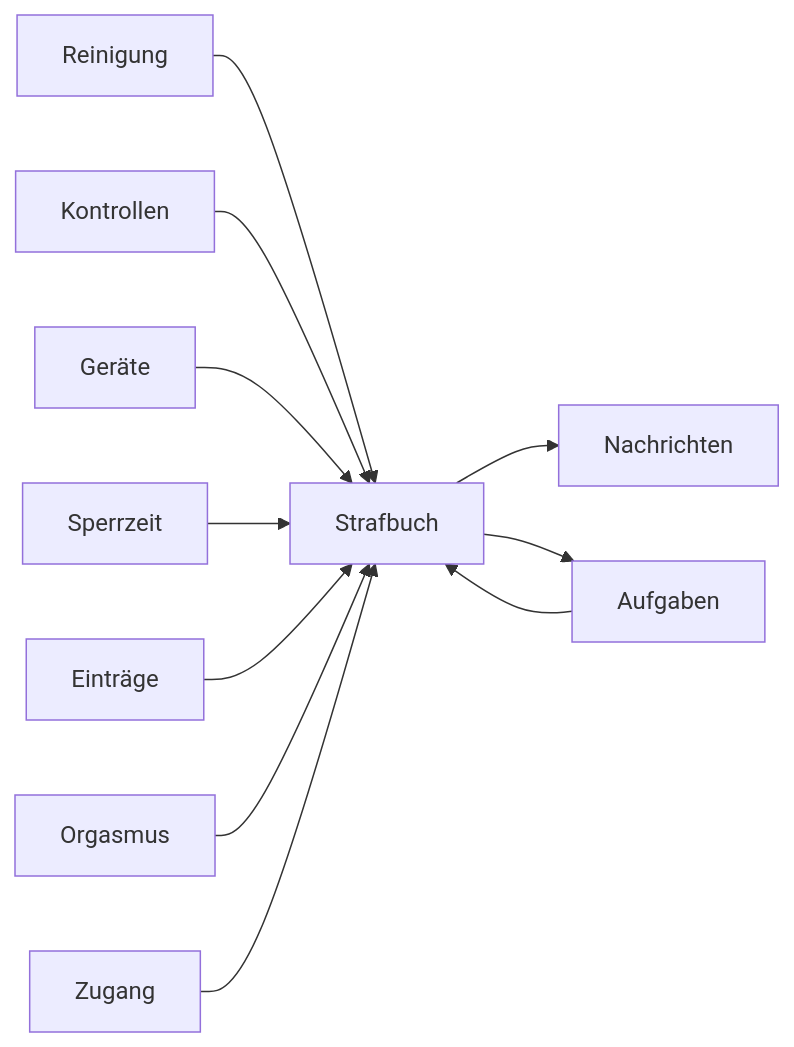
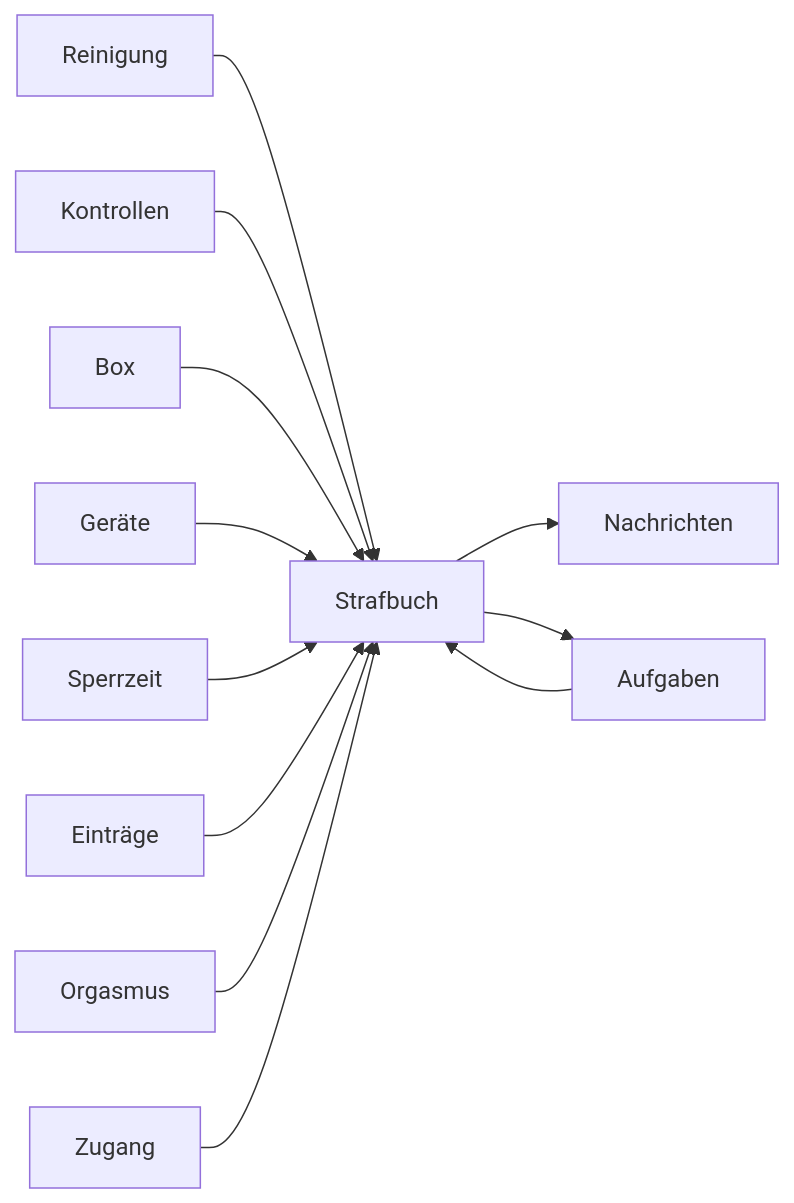
The eighth of 18 diagrams in docs/funktionsmodell/05-abhaengigkeiten.md (trublue-2/chastitytracker), drawn with Mermaid before and after one commit. The commit also changed other lines of this file and 66 other files, not shown here.

````diff
--- a/docs/funktionsmodell/05-abhaengigkeiten.md
+++ b/docs/funktionsmodell/05-abhaengigkeiten.md
@@ -338,14 +344,15 @@
 ```mermaid
 flowchart LR
   nStrafbuch["Strafbuch"]
   nReinigung["Reinigung"] --> nStrafbuch
   nKontrollen["Kontrollen"] --> nStrafbuch
+  nBox["Box"] --> nStrafbuch
   nGerte["Geräte"] --> nStrafbuch
   nSperrzeit["Sperrzeit"] --> nStrafbuch
   nEintrge["Einträge"] --> nStrafbuch
   nOrgasmus["Orgasmus"] --> nStrafbuch
   nAufgaben["Aufgaben"] --> nStrafbuch
   nZugang["Zugang"] --> nStrafbuch
   nStrafbuch --> nNachrichten["Nachrichten"]
   nStrafbuch --> nAufgaben["Aufgaben"]
 ```
````
